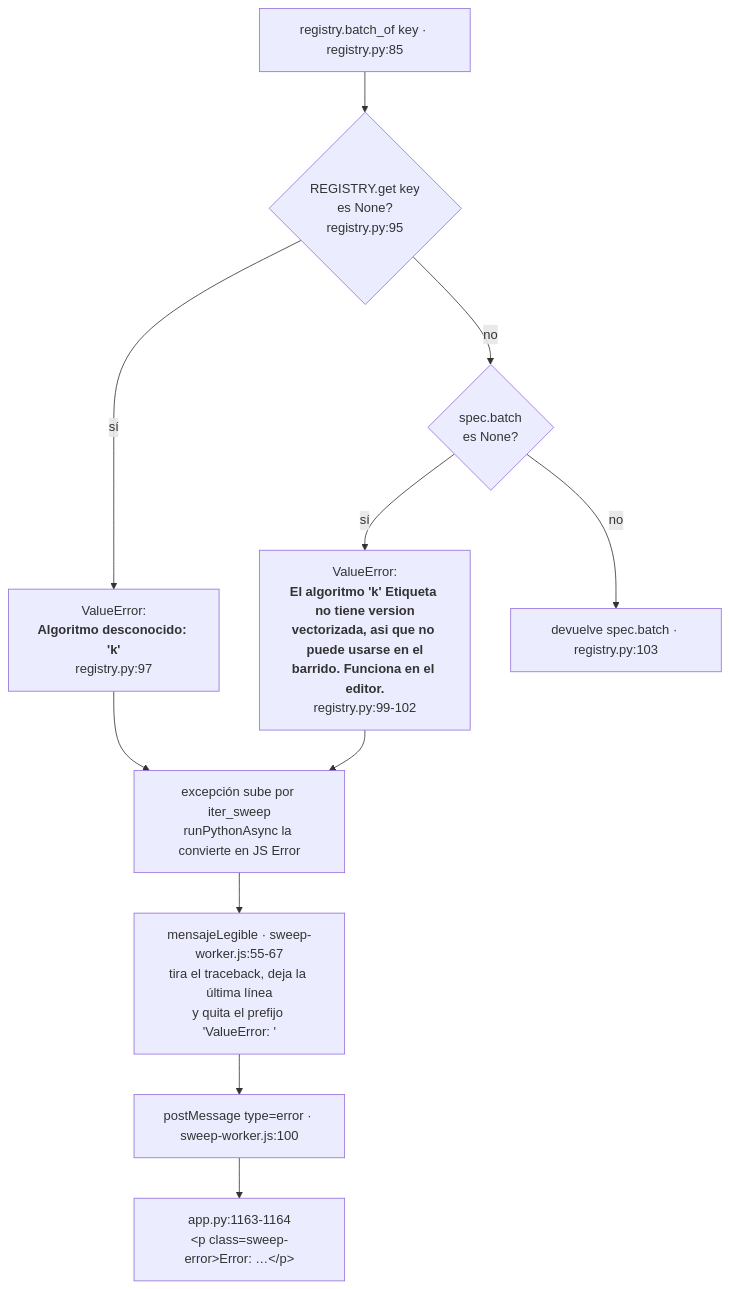
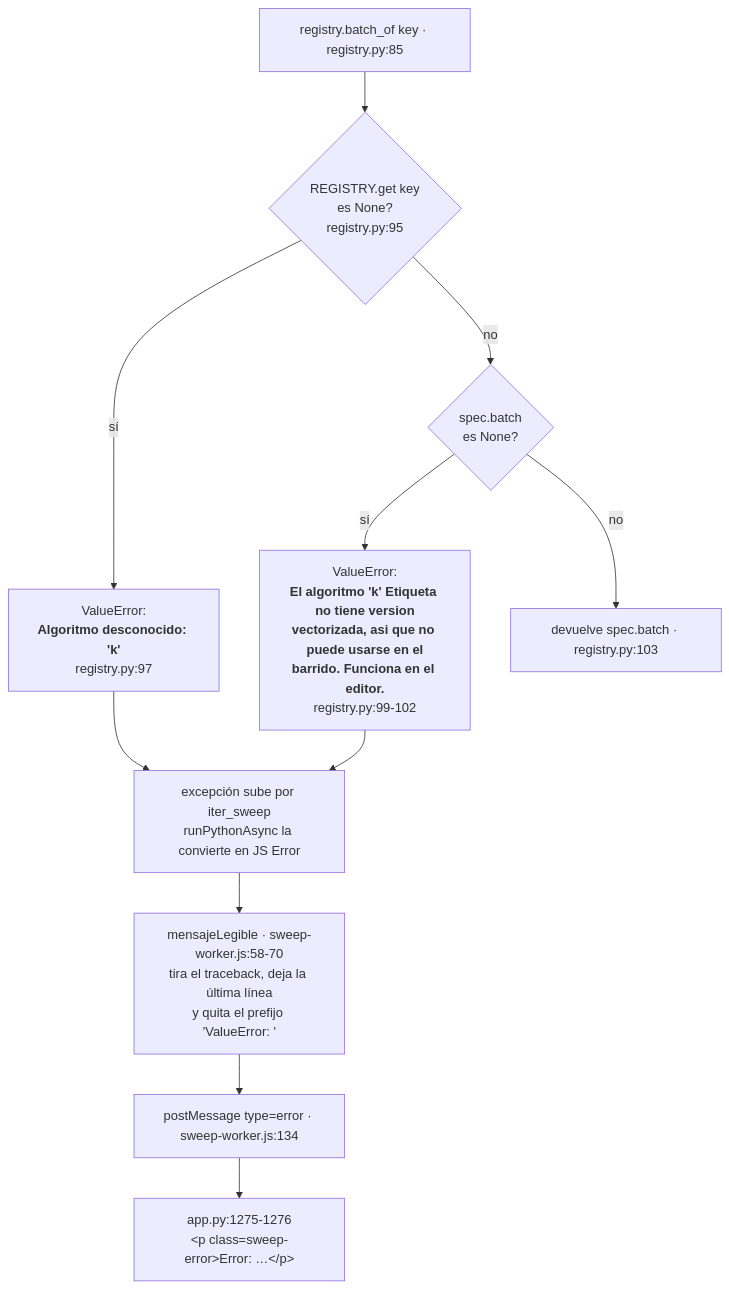
One commit to Rou-uu/consenso-simulador changed the sixth of 7 diagrams in docs/06-registro-algoritmos.md. Above: the diagram before and after it, drawn with Mermaid. The commit also changed other lines of this file and 14 other files, not shown here.

````diff
--- a/docs/06-registro-algoritmos.md
+++ b/docs/06-registro-algoritmos.md
@@ -580,14 +580,14 @@
 ```mermaid
 flowchart TD
     IN["registry.batch_of key · registry.py:85"] --> Q1{"REGISTRY.get key<br/>es None?<br/>registry.py:95"}
     Q1 -->|sí| M1["ValueError:<br/><b>Algoritmo desconocido: 'k'</b><br/>registry.py:97"]
     Q1 -->|no| Q2{"spec.batch<br/>es None?"}
     Q2 -->|sí| M2["ValueError:<br/><b>El algoritmo 'k' Etiqueta no tiene version<br/>vectorizada, asi que no puede usarse en el<br/>barrido. Funciona en el editor.</b><br/>registry.py:99-102"]
     Q2 -->|no| OK["devuelve spec.batch · registry.py:103"]
 
     M1 --> W["excepción sube por iter_sweep<br/>runPythonAsync la convierte en JS Error"]
     M2 --> W
-    W --> CLEAN["mensajeLegible · sweep-worker.js:55-67<br/>tira el traceback, deja la última línea<br/>y quita el prefijo 'ValueError: '"]
-    CLEAN --> POST["postMessage type=error · sweep-worker.js:100"]
-    POST --> UI["app.py:1163-1164<br/>&lt;p class=sweep-error&gt;Error: …&lt;/p&gt;"]
+    W --> CLEAN["mensajeLegible · sweep-worker.js:58-70<br/>tira el traceback, deja la última línea<br/>y quita el prefijo 'ValueError: '"]
+    CLEAN --> POST["postMessage type=error · sweep-worker.js:134"]
+    POST --> UI["app.py:1275-1276<br/>&lt;p class=sweep-error&gt;Error: …&lt;/p&gt;"]
 ```
````
